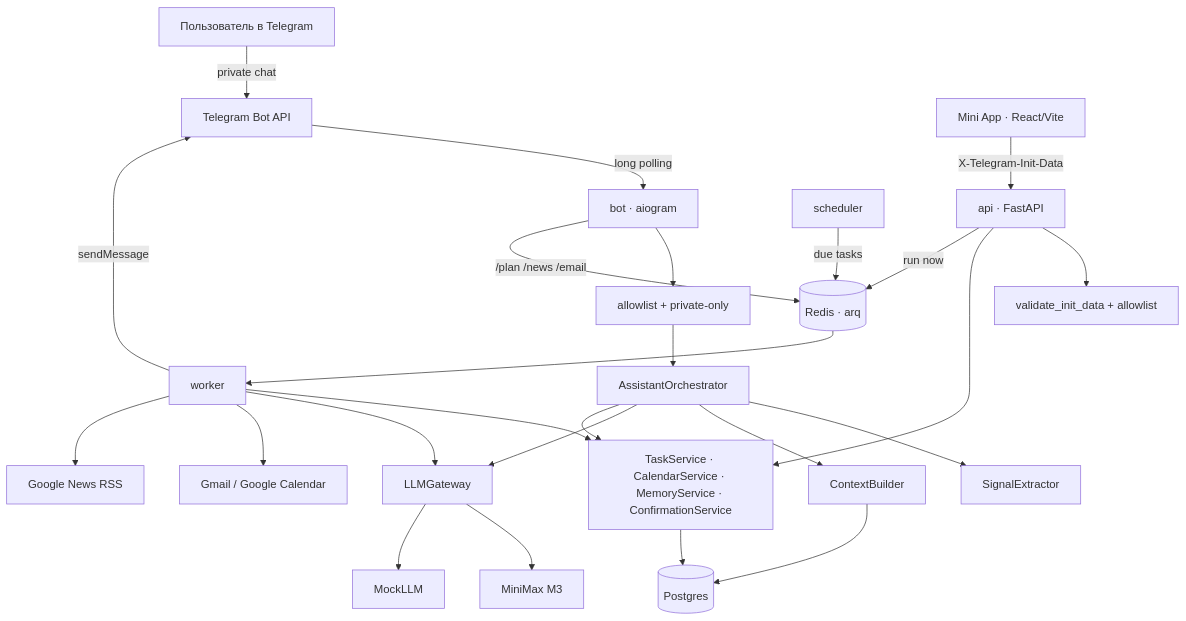
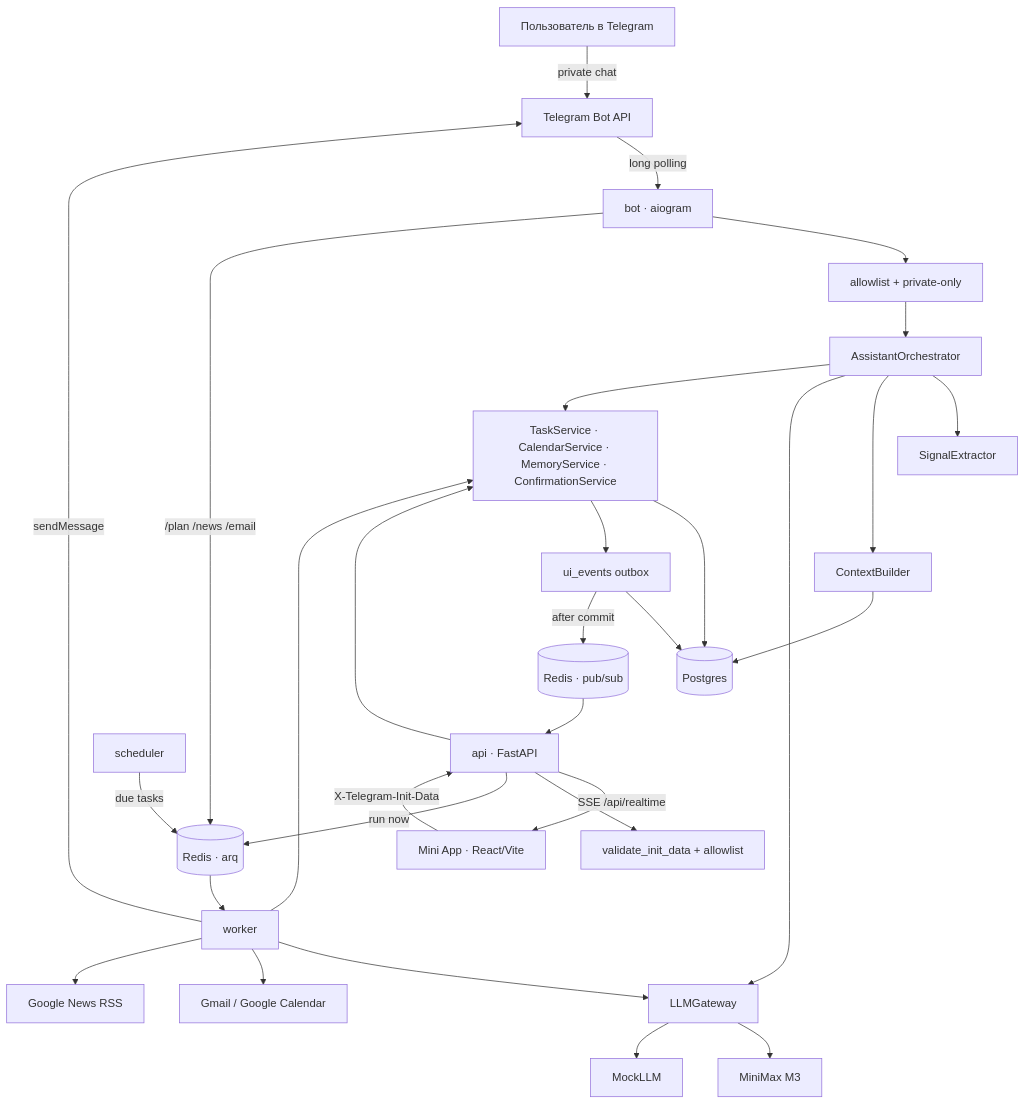
The first of 4 diagrams in docs/architecture.md (Maksim-Burtsev/lumi), drawn with Mermaid before and after one commit. The commit also changed other lines of this file and 36 other files, not shown here.

````diff
--- a/docs/architecture.md
+++ b/docs/architecture.md
@@ -22,29 +22,34 @@
 ```mermaid
 flowchart TD
     U[Пользователь в Telegram] -->|private chat| TG[Telegram Bot API]
     TG -->|long polling| BOT[bot · aiogram]
     BOT --> GUARD[allowlist + private-only]
     GUARD --> ORCH[AssistantOrchestrator]
     ORCH --> EXTR[SignalExtractor]
     ORCH --> CTX[ContextBuilder]
     ORCH --> LLMGW[LLMGateway]
     LLMGW --> MMX[MiniMax M3]
     LLMGW --> MOCK[MockLLM]
     ORCH --> SVCS[TaskService · CalendarService · MemoryService · ConfirmationService]
     SVCS --> PG[(Postgres)]
     CTX --> PG
 
     MA[Mini App · React/Vite] -->|X-Telegram-Init-Data| API[api · FastAPI]
+    API -->|SSE /api/realtime| MA
     API --> AUTH[validate_init_data + allowlist]
     API --> SVCS
+    SVCS --> UIE[ui_events outbox]
+    UIE --> PG
+    UIE -->|after commit| RT[(Redis · pub/sub)]
+    RT --> API
 
     SCHED[scheduler] -->|due tasks| Q[(Redis · arq)]
     API -->|run now| Q
     BOT -->|/plan /news /email| Q
     Q --> WRK[worker]
     WRK --> SVCS
     WRK --> LLMGW
     WRK --> GOOGLE[Gmail / Google Calendar]
     WRK --> RSS[Google News RSS]
     WRK -->|sendMessage| TG
 ```
````
